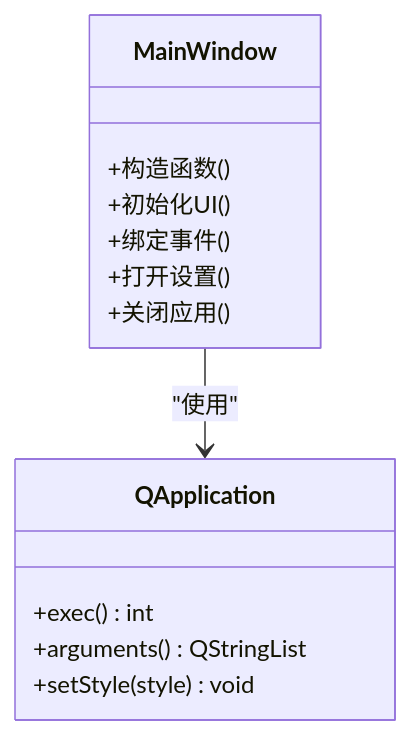
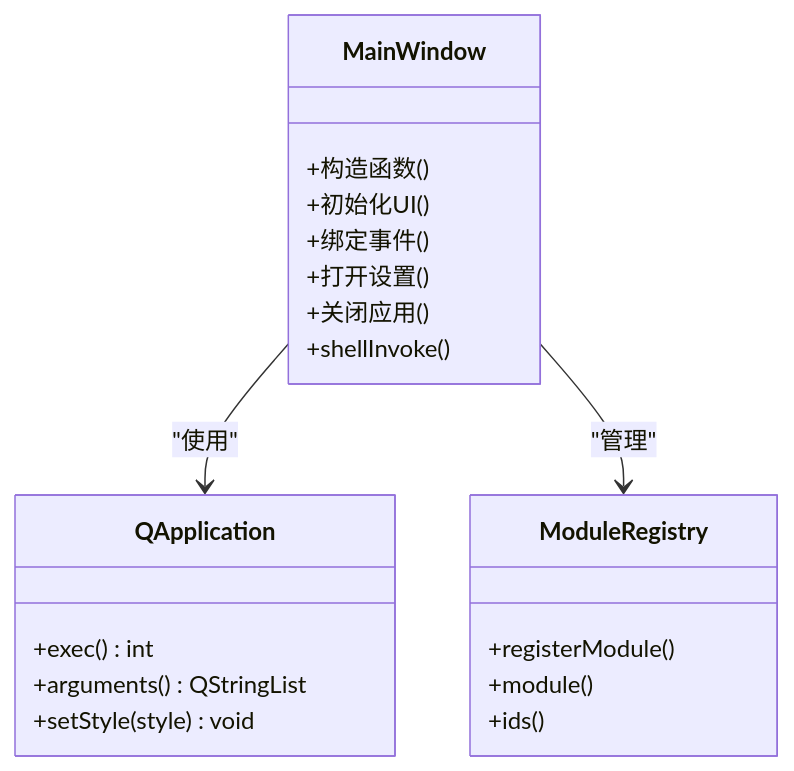
One commit to jakecai1225-design/OpenBus changed the fifth of 8 diagrams in .qoder/repowiki/zh/content/核心模块详解/应用程序入口.md. Above: the diagram before and after it, drawn with Mermaid. The commit also changed other lines of this file and 58 other files, not shown here.

````diff
--- a/.qoder/repowiki/zh/content/核心模块详解/应用程序入口.md
+++ b/.qoder/repowiki/zh/content/核心模块详解/应用程序入口.md
@@ -226,16 +271,23 @@
 ```mermaid
 classDiagram
 class MainWindow {
 +构造函数()
 +初始化UI()
 +绑定事件()
 +打开设置()
 +关闭应用()
++shellInvoke()
 }
 class QApplication {
 +exec() int
 +arguments() QStringList
 +setStyle(style) void
 }
+class ModuleRegistry {
++registerModule()
++module()
++ids()
+}
 MainWindow --> QApplication : "使用"
+MainWindow --> ModuleRegistry : "管理"
 ```
````
